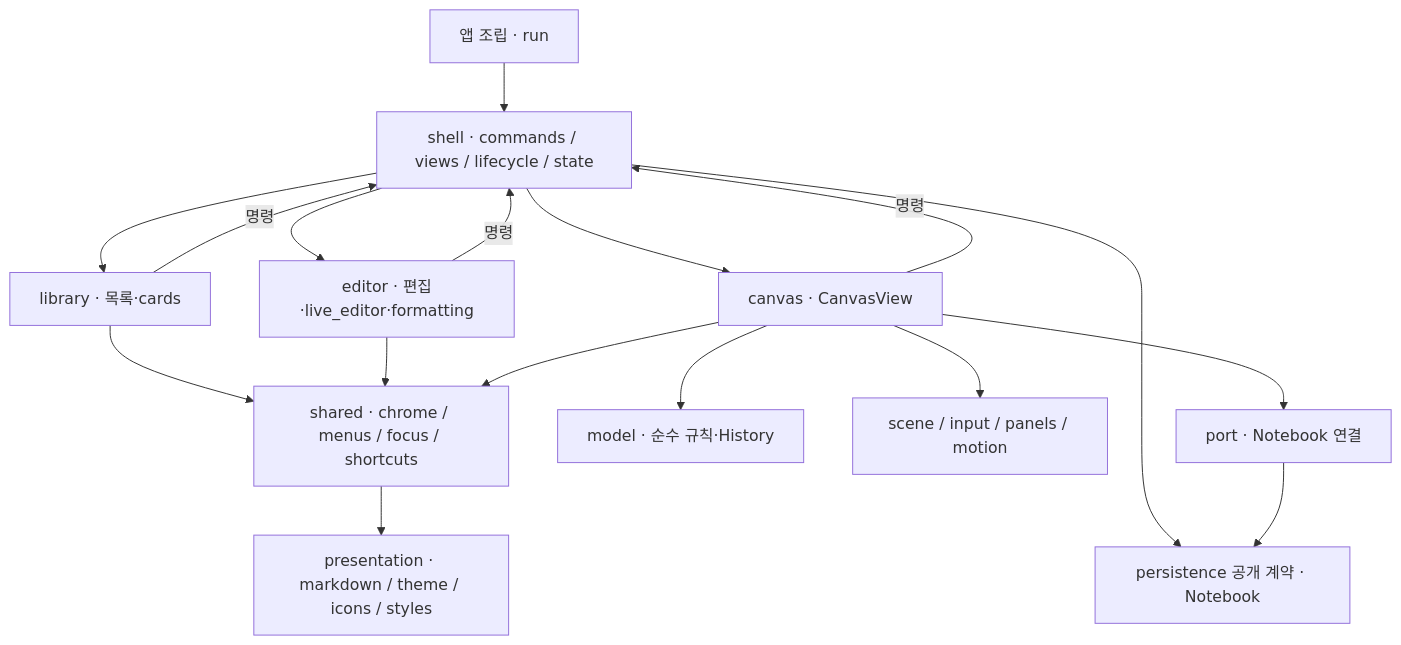
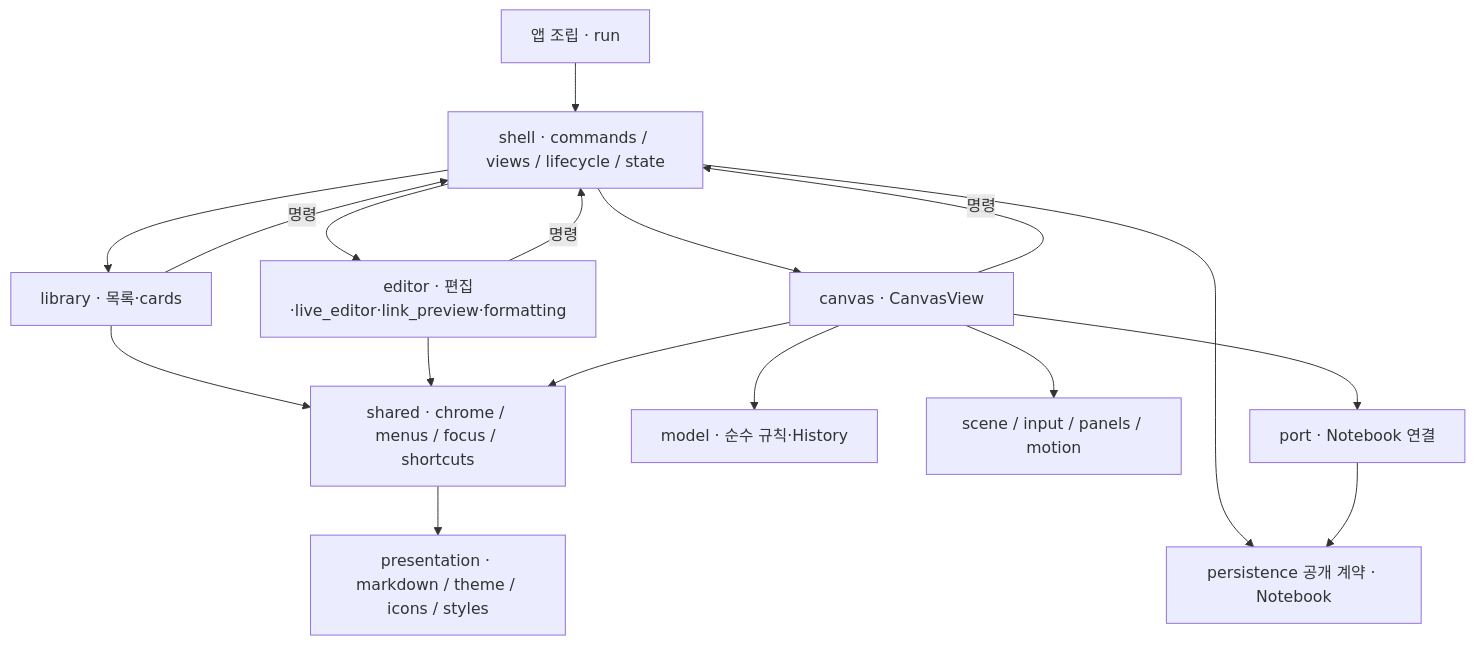
One commit to pollux-o4/MemoIvy changed the diagram in docs/architecture/components/03-ui-components.md. Above: the diagram before and after it, drawn with Mermaid. The commit also changed 37 other files, not shown here.

````diff
--- a/docs/architecture/components/03-ui-components.md
+++ b/docs/architecture/components/03-ui-components.md
@@ -3,19 +3,19 @@
 ```mermaid
 flowchart TB
     run["앱 조립 · run"] --> shell["shell · commands / views / lifecycle / state"]
     shell --> library["library · 목록·cards"]
-    shell --> editor["editor · 편집·live_editor·formatting"]
+    shell --> editor["editor · 편집·live_editor·link_preview·formatting"]
     shell --> canvas["canvas · CanvasView"]
     library -->|명령| shell
     editor -->|명령| shell
     canvas -->|명령| shell
     shell --> notebook["persistence 공개 계약 · Notebook"]
     library --> shared["shared · chrome / menus / focus / shortcuts"]
     editor --> shared
     canvas --> shared
     canvas --> model["model · 순수 규칙·History"]
     canvas --> parts["scene / input / panels / motion"]
     canvas --> port["port · Notebook 연결"]
     port --> notebook
     shared --> visuals["presentation · markdown / theme / icons / styles"]
 ```
````
